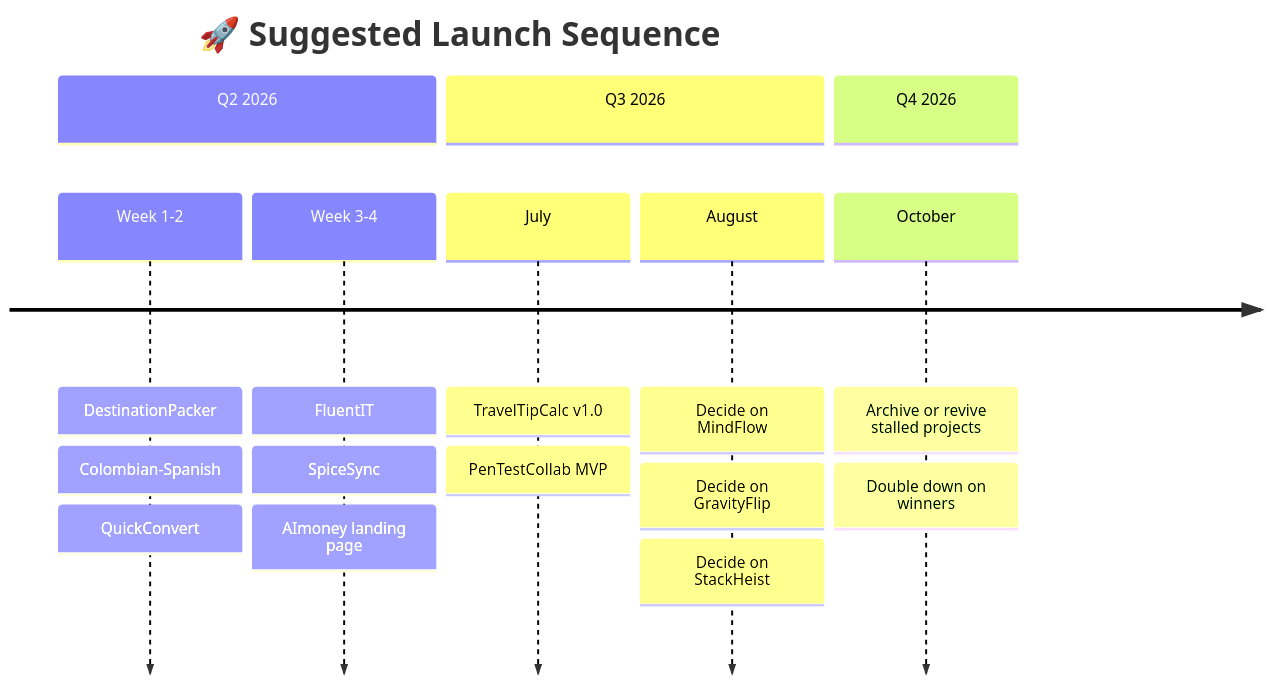
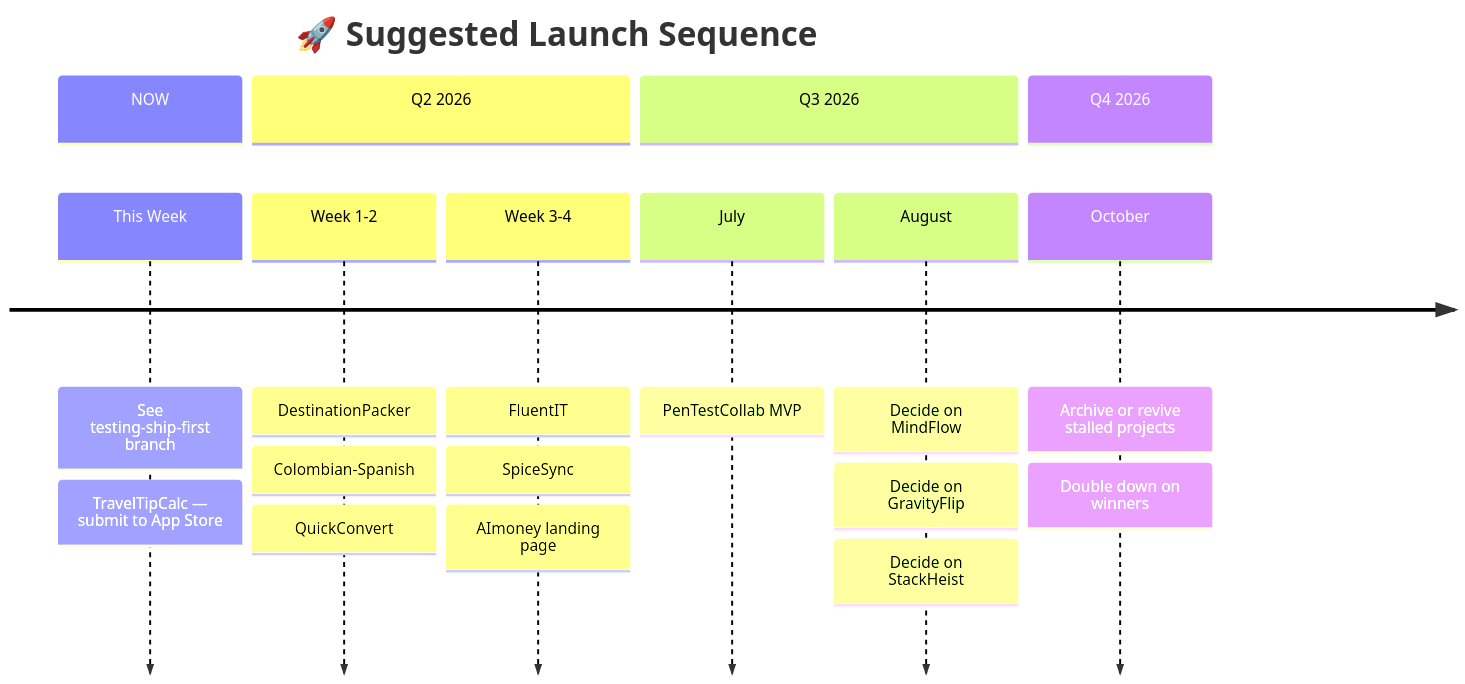
The third of 5 diagrams in projects-visual-tree.md (mikepitts25/VibeKeeper), drawn with Mermaid before and after one commit. The commit also changed other lines of this file and 1 other file, not shown here.

First line of the commit message:
Create pre-testing branch: Almost Ready apps before TestFlight

````diff
--- a/projects-visual-tree.md
+++ b/projects-visual-tree.md
@@ -81,20 +81,22 @@
 ```mermaid
 timeline
     title 🚀 Suggested Launch Sequence
+    section NOW
+        This Week : See testing-ship-first branch
+                  : TravelTipCalc — submit to App Store
     section Q2 2026
         Week 1-2 : DestinationPacker
                  : Colombian-Spanish
                  : QuickConvert
         Week 3-4 : FluentIT
                  : SpiceSync
                  : AImoney landing page
     section Q3 2026
-        July : TravelTipCalc v1.0
-             : PenTestCollab MVP
+        July : PenTestCollab MVP
         August : Decide on MindFlow
                : Decide on GravityFlip
                : Decide on StackHeist
     section Q4 2026
         October : Archive or revive stalled projects
                 : Double down on winners
 ```
````
